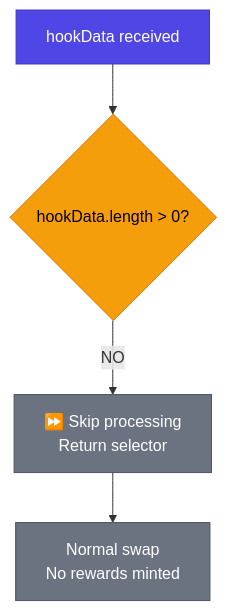
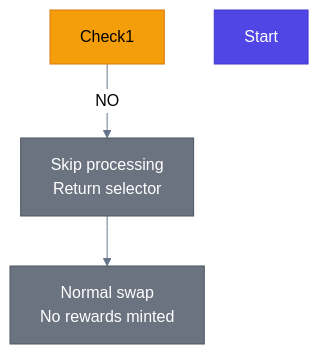
One commit to guglxni/the-fixer-hook changed the fifth of 12 diagrams in docs/SYSTEM_DESIGN.md. Above: the diagram before and after it, drawn with Mermaid. The commit also changed other lines of this file and 514 other files, not shown here.

Commit message:
Clean docs: remove emojis, add professional mermaid styling

````diff
--- a/docs/SYSTEM_DESIGN.md
+++ b/docs/SYSTEM_DESIGN.md
@@ -307,11 +302,10 @@
 ```mermaid
+%%{init: {'theme': 'neutral', 'themeVariables': { 'primaryColor': '#2563eb', 'primaryTextColor': '#1e293b', 'primaryBorderColor': '#3b82f6', 'lineColor': '#64748b', 'secondaryColor': '#f1f5f9', 'tertiaryColor': '#e2e8f0'}}}%%
 flowchart TD
-    Start["hookData received"] --> Check1{"hookData.length > 0?"}
-    Check1 -- "NO" --> Skip["⏩ Skip processing\nReturn selector"]
+    Check1 -- "NO" --> Skip[" Skip processing\nReturn selector"]
     Skip --> Result["Normal swap\nNo rewards minted"]
-
     style Start fill:#4F46E5,color:#fff,stroke:#4338CA
     style Check1 fill:#F59E0B,color:#000,stroke:#D97706
     style Skip fill:#6B7280,color:#fff,stroke:#4B5563
     style Result fill:#6B7280,color:#fff,stroke:#4B5563
 ```
````
